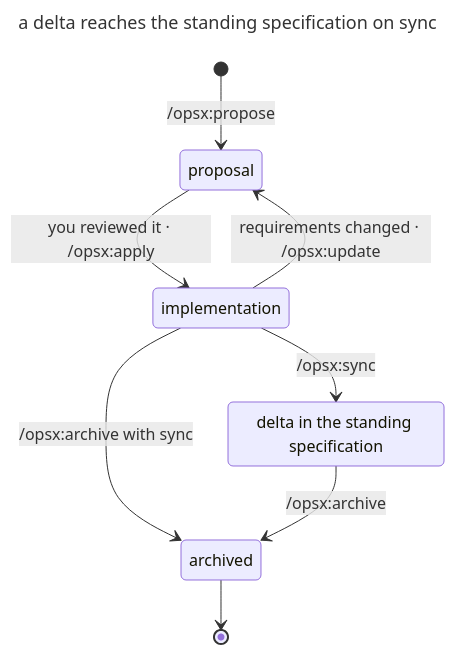
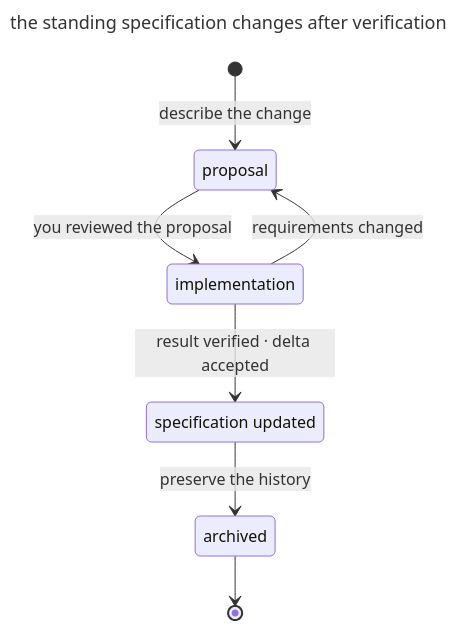
Before and after one commit to mokevnin/agentic-coding-design-patterns: the diagram in book/en/openspec.md, drawn with Mermaid. The commit also changed other lines of this file and 52 other files, not shown here.

````diff
--- a/book/en/openspec.md
+++ b/book/en/openspec.md
@@ -46,19 +28,18 @@
 ```mermaid
 ---
-title: a delta reaches the standing specification on sync
+title: the standing specification changes after verification
 ---
 stateDiagram-v2
   direction TB
   state "proposal" as proposed
   state "implementation" as applying
-  state "delta in the standing specification" as synced
+  state "specification updated" as synced
   state "archived" as archived
   class synced accent
-  [*] --> proposed: /opsx:propose
-  proposed --> applying: you reviewed it · /opsx:apply
-  applying --> proposed: requirements changed · /opsx:update
-  applying --> synced: /opsx:sync
-  applying --> archived: /opsx:archive with sync
-  synced --> archived: /opsx:archive
+  [*] --> proposed: describe the change
+  proposed --> applying: you reviewed the proposal
+  applying --> proposed: requirements changed
+  applying --> synced: result verified · delta accepted
+  synced --> archived: preserve the history
   archived --> [*]
 ```
````
